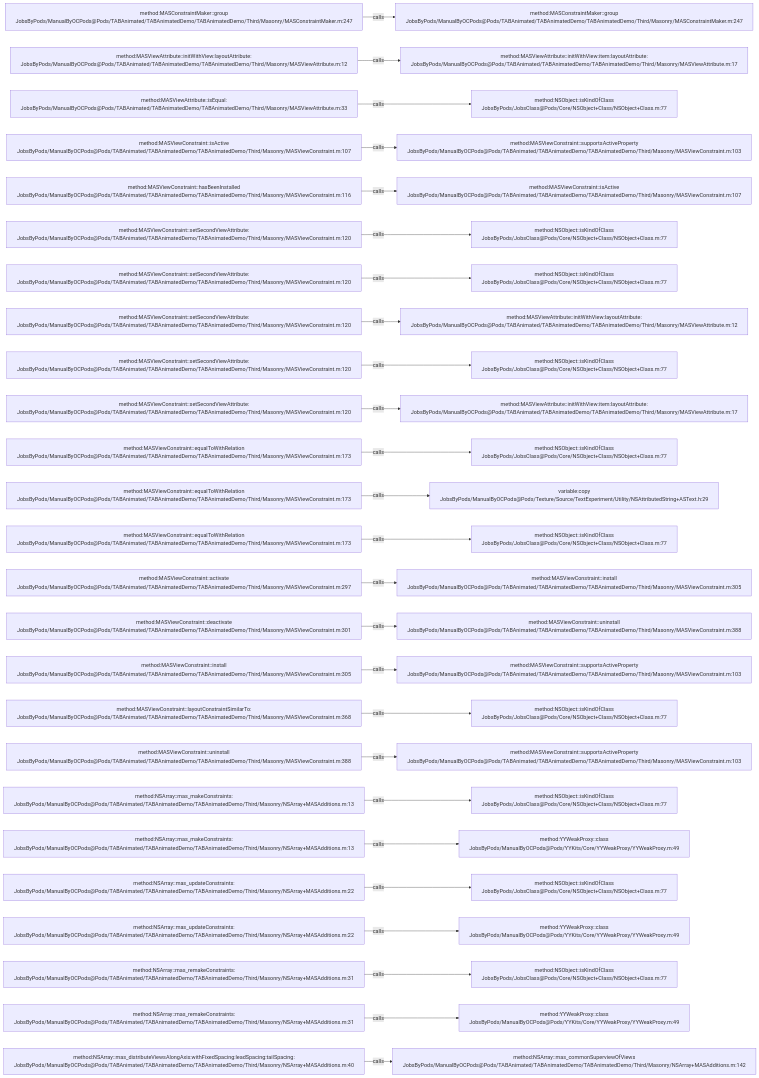
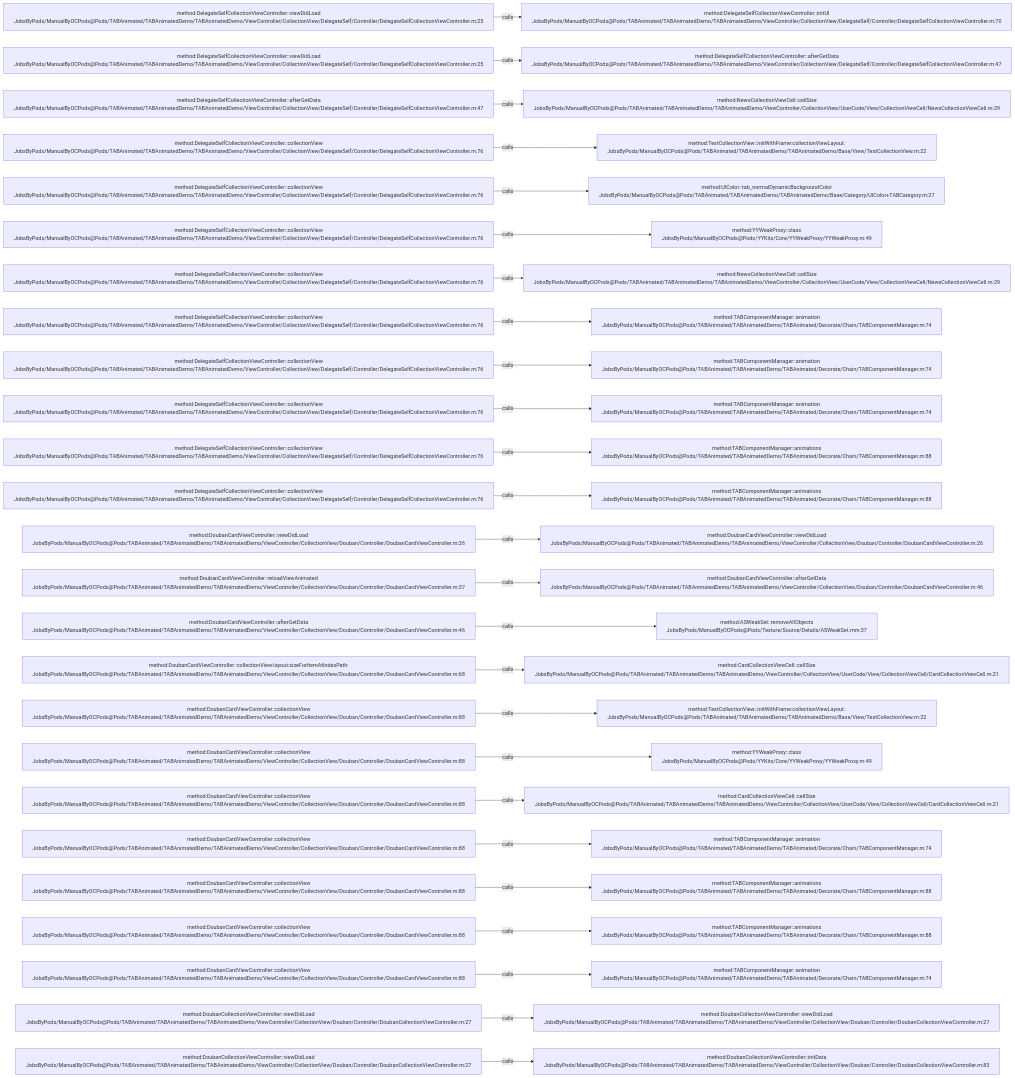
The diagram in .codegraph/codegraph.md/graphs/calls-046.md (JobsKits/JobsOCBaseConfigDemo), drawn with Mermaid before and after one commit. The commit also changed 1353 other files, not shown here.

````diff
--- a/.codegraph/codegraph.md/graphs/calls-046.md
+++ b/.codegraph/codegraph.md/graphs/calls-046.md
@@ -13,78 +13,78 @@
 ```mermaid
 flowchart LR
-  S1["method:MASConstraintMaker::group<br/>JobsByPods/ManualByOCPods@Pods/TABAnimated/TABAnimatedDemo/TABAnimatedDemo/Third/Masonry/MASConstraintMaker.m:247"]
-  T1["method:MASConstraintMaker::group<br/>JobsByPods/ManualByOCPods@Pods/TABAnimated/TABAnimatedDemo/TABAnimatedDemo/Third/Masonry/MASConstraintMaker.m:247"]
+  S1["method:DelegateSelfCollectionViewController::viewDidLoad<br/>JobsByPods/ManualByOCPods@Pods/TABAnimated/TABAnimatedDemo/TABAnimatedDemo/ViewController/CollectionView/DelegateSelf/Controller/DelegateSelfCollectionViewController.m:25"]
+  T1["method:DelegateSelfCollectionViewController::initUI<br/>JobsByPods/ManualByOCPods@Pods/TABAnimated/TABAnimatedDemo/TABAnimatedDemo/ViewController/CollectionView/DelegateSelf/Controller/DelegateSelfCollectionViewController.m:70"]
   S1 -->|calls| T1
-  S2["method:MASViewAttribute::initWithView:layoutAttribute:<br/>JobsByPods/ManualByOCPods@Pods/TABAnimated/TABAnimatedDemo/TABAnimatedDemo/Third/Masonry/MASViewAttribute.m:12"]
-  T2["method:MASViewAttribute::initWithView:item:layoutAttribute:<br/>JobsByPods/ManualByOCPods@Pods/TABAnimated/TABAnimatedDemo/TABAnimatedDemo/Third/Masonry/MASViewAttribute.m:17"]
+  S2["method:DelegateSelfCollectionViewController::viewDidLoad<br/>JobsByPods/ManualByOCPods@Pods/TABAnimated/TABAnimatedDemo/TABAnimatedDemo/ViewController/CollectionView/DelegateSelf/Controller/DelegateSelfCollectionViewController.m:25"]
+  T2["method:DelegateSelfCollectionViewController::afterGetData<br/>JobsByPods/ManualByOCPods@Pods/TABAnimated/TABAnimatedDemo/TABAnimatedDemo/ViewController/CollectionView/DelegateSelf/Controller/DelegateSelfCollectionViewController.m:47"]
   S2 -->|calls| T2
-  S3["method:MASViewAttribute::isEqual:<br/>JobsByPods/ManualByOCPods@Pods/TABAnimated/TABAnimatedDemo/TABAnimatedDemo/Third/Masonry/MASViewAttribute.m:33"]
-  T3["method:NSObject::isKindOfClass<br/>JobsByPods/JobsClass@Pods/Core/NSObject+Class/NSObject+Class.m:77"]
+  S3["method:DelegateSelfCollectionViewController::afterGetData<br/>JobsByPods/ManualByOCPods@Pods/TABAnimated/TABAnimatedDemo/TABAnimatedDemo/ViewController/CollectionView/DelegateSelf/Controller/DelegateSelfCollectionViewController.m:47"]
+  T3["method:NewsCollectionViewCell::cellSize<br/>JobsByPods/ManualByOCPods@Pods/TABAnimated/TABAnimatedDemo/TABAnimatedDemo/ViewController/CollectionView/UserCode/View/CollectionViewCell/NewsCollectionViewCell.m:29"]
   S3 -->|calls| T3
-  S4["method:MASViewConstraint::isActive<br/>JobsByPods/ManualByOCPods@Pods/TABAnimated/TABAnimatedDemo/TABAnimatedDemo/Third/Masonry/MASViewConstraint.m:107"]
-  T4["method:MASViewConstraint::supportsActiveProperty<br/>JobsByPods/ManualByOCPods@Pods/TABAnimated/TABAnimatedDemo/TABAnimatedDemo/Third/Masonry/MASViewConstraint.m:103"]
+  S4["method:DelegateSelfCollectionViewController::collectionView<br/>JobsByPods/ManualByOCPods@Pods/TABAnimated/TABAnimatedDemo/TABAnimatedDemo/ViewController/CollectionView/DelegateSelf/Controller/DelegateSelfCollectionViewController.m:76"]
+  T4["method:TestCollectionView::initWithFrame:collectionViewLayout:<br/>JobsByPods/ManualByOCPods@Pods/TABAnimated/TABAnimatedDemo/TABAnimatedDemo/Base/View/TestCollectionView.m:22"]
   S4 -->|calls| T4
-  S5["method:MASViewConstraint::hasBeenInstalled<br/>JobsByPods/ManualByOCPods@Pods/TABAnimated/TABAnimatedDemo/TABAnimatedDemo/Third/Masonry/MASViewConstraint.m:116"]
-  T5["method:MASViewConstraint::isActive<br/>JobsByPods/ManualByOCPods@Pods/TABAnimated/TABAnimatedDemo/TABAnimatedDemo/Third/Masonry/MASViewConstraint.m:107"]
+  S5["method:DelegateSelfCollectionViewController::collectionView<br/>JobsByPods/ManualByOCPods@Pods/TABAnimated/TABAnimatedDemo/TABAnimatedDemo/ViewController/CollectionView/DelegateSelf/Controller/DelegateSelfCollectionViewController.m:76"]
+  T5["method:UIColor::tab_normalDynamicBackgroundColor<br/>JobsByPods/ManualByOCPods@Pods/TABAnimated/TABAnimatedDemo/TABAnimatedDemo/Base/Category/UIColor+TABCategory.m:27"]
   S5 -->|calls| T5
-  S6["method:MASViewConstraint::setSecondViewAttribute:<br/>JobsByPods/ManualByOCPods@Pods/TABAnimated/TABAnimatedDemo/TABAnimatedDemo/Third/Masonry/MASViewConstraint.m:120"]
-  T6["method:NSObject::isKindOfClass<br/>JobsByPods/JobsClass@Pods/Core/NSObject+Class/NSObject+Class.m:77"]
+  S6["method:DelegateSelfCollectionViewController::collectionView<br/>JobsByPods/ManualByOCPods@Pods/TABAnimated/TABAnimatedDemo/TABAnimatedDemo/ViewController/CollectionView/DelegateSelf/Controller/DelegateSelfCollectionViewController.m:76"]
+  T6["method:YYWeakProxy::class<br/>JobsByPods/ManualByOCPods@Pods/YYKits/Core/YYWeakProxy/YYWeakProxy.m:49"]
   S6 -->|calls| T6
-  S7["method:MASViewConstraint::setSecondViewAttribute:<br/>JobsByPods/ManualByOCPods@Pods/TABAnimated/TABAnimatedDemo/TABAnimatedDemo/Third/Masonry/MASViewConstraint.m:120"]
-  T7["method:NSObject::isKindOfClass<br/>JobsByPods/JobsClass@Pods/Core/NSObject+Class/NSObject+Class.m:77"]
+  S7["method:DelegateSelfCollectionViewController::collectionView<br/>JobsByPods/ManualByOCPods@Pods/TABAnimated/TABAnimatedDemo/TABAnimatedDemo/ViewController/CollectionView/DelegateSelf/Controller/DelegateSelfCollectionViewController.m:76"]
+  T7["method:NewsCollectionViewCell::cellSize<br/>JobsByPods/ManualByOCPods@Pods/TABAnimated/TABAnimatedDemo/TABAnimatedDemo/ViewController/CollectionView/UserCode/View/CollectionViewCell/NewsCollectionViewCell.m:29"]
   S7 -->|calls| T7
-  S8["method:MASViewConstraint::setSecondViewAttribute:<br/>JobsByPods/ManualByOCPods@Pods/TABAnimated/TABAnimatedDemo/TABAnimatedDemo/Third/Masonry/MASViewConstraint.m:120"]
-  T8["method:MASViewAttribute::initWithView:layoutAttribute:<br/>JobsByPods/ManualByOCPods@Pods/TABAnimated/TABAnimatedDemo/TABAnimatedDemo/Third/Masonry/MASViewAttribute.m:12"]
+  S8["method:DelegateSelfCollectionViewController::collectionView<br/>JobsByPods/ManualByOCPods@Pods/TABAnimated/TABAnimatedDemo/TABAnimatedDemo/ViewController/CollectionView/DelegateSelf/Controller/DelegateSelfCollectionViewController.m:76"]
+  T8["method:TABComponentManager::animation<br/>JobsByPods/ManualByOCPods@Pods/TABAnimated/TABAnimatedDemo/TABAnimated/Decorate/Chain/TABComponentManager.m:74"]
   S8 -->|calls| T8
-  S9["method:MASViewConstraint::setSecondViewAttribute:<br/>JobsByPods/ManualByOCPods@Pods/TABAnimated/TABAnimatedDemo/TABAnimatedDemo/Third/Masonry/MASViewConstraint.m:120"]
-  T9["method:NSObject::isKindOfClass<br/>JobsByPods/JobsClass@Pods/Core/NSObject+Class/NSObject+Class.m:77"]
+  S9["method:DelegateSelfCollectionViewController::collectionView<br/>JobsByPods/ManualByOCPods@Pods/TABAnimated/TABAnimatedDemo/TABAnimatedDemo/ViewController/CollectionView/DelegateSelf/Controller/DelegateSelfCollectionViewController.m:76"]
+  T9["method:TABComponentManager::animation<br/>JobsByPods/ManualByOCPods@Pods/TABAnimated/TABAnimatedDemo/TABAnimated/Decorate/Chain/TABComponentManager.m:74"]
   S9 -->|calls| T9
-  S10["method:MASViewConstraint::setSecondViewAttribute:<br/>JobsByPods/ManualByOCPods@Pods/TABAnimated/TABAnimatedDemo/TABAnimatedDemo/Third/Masonry/MASViewConstraint.m:120"]
-  T10["method:MASViewAttribute::initWithView:item:layoutAttribute:<br/>JobsByPods/ManualByOCPods@Pods/TABAnimated/TABAnimatedDemo/TABAnimatedDemo/Third/Masonry/MASViewAttribute.m:17"]
+  S10["method:DelegateSelfCollectionViewController::collectionView<br/>JobsByPods/ManualByOCPods@Pods/TABAnimated/TABAnimatedDemo/TABAnimatedDemo/ViewController/CollectionView/DelegateSelf/Controller/DelegateSelfCollectionViewController.m:76"]
+  T10["method:TABComponentManager::animation<br/>JobsByPods/ManualByOCPods@Pods/TABAnimated/TABAnimatedDemo/TABAnimated/Decorate/Chain/TABComponentManager.m:74"]
   S10 -->|calls| T10
-  S11["method:MASViewConstraint::equalToWithRelation<br/>JobsByPods/ManualByOCPods@Pods/TABAnimated/TABAnimatedDemo/TABAnimatedDemo/Third/Masonry/MASViewConstraint.m:173"]
-  T11["method:NSObject::isKindOfClass<br/>JobsByPods/JobsClass@Pods/Core/NSObject+Class/NSObject+Class.m:77"]
+  S11["method:DelegateSelfCollectionViewController::collectionView<br/>JobsByPods/ManualByOCPods@Pods/TABAnimated/TABAnimatedDemo/TABAnimatedDemo/ViewController/CollectionView/DelegateSelf/Controller/DelegateSelfCollectionViewController.m:76"]
+  T11["method:TABComponentManager::animations<br/>JobsByPods/ManualByOCPods@Pods/TABAnimated/TABAnimatedDemo/TABAnimated/Decorate/Chain/TABComponentManager.m:88"]
   S11 -->|calls| T11
-  S12["method:MASViewConstraint::equalToWithRelation<br/>JobsByPods/ManualByOCPods@Pods/TABAnimated/TABAnimatedDemo/TABAnimatedDemo/Third/Masonry/MASViewConstraint.m:173"]
-  T12["variable:copy<br/>JobsByPods/ManualByOCPods@Pods/Texture/Source/TextExperiment/Utility/NSAttributedString+ASText.h:29"]
+  S12["method:DelegateSelfCollectionViewController::collectionView<br/>JobsByPods/ManualByOCPods@Pods/TABAnimated/TABAnimatedDemo/TABAnimatedDemo/ViewController/CollectionView/DelegateSelf/Controller/DelegateSelfCollectionViewController.m:76"]
+  T12["method:TABComponentManager::animations<br/>JobsByPods/ManualByOCPods@Pods/TABAnimated/TABAnimatedDemo/TABAnimated/Decorate/Chain/TABComponentManager.m:88"]
   S12 -->|calls| T12
-  S13["method:MASViewConstraint::equalToWithRelation<br/>JobsByPods/ManualByOCPods@Pods/TABAnimated/TABAnimatedDemo/TABAnimatedDemo/Third/Masonry/MASViewConstraint.m:173"]
-  T13["method:NSObject::isKindOfClass<br/>JobsByPods/JobsClass@Pods/Core/NSObject+Class/NSObject+Class.m:77"]
+  S13["method:DoubanCardViewController::viewDidLoad<br/>JobsByPods/ManualByOCPods@Pods/TABAnimated/TABAnimatedDemo/TABAnimatedDemo/ViewController/CollectionView/Douban/Controller/DoubanCardViewController.m:26"]
+  T13["method:DoubanCardViewController::viewDidLoad<br/>JobsByPods/ManualByOCPods@Pods/TABAnimated/TABAnimatedDemo/TABAnimatedDemo/ViewController/CollectionView/Douban/Controller/DoubanCardViewController.m:26"]
   S13 -->|calls| T13
-  S14["method:MASViewConstraint::activate<br/>JobsByPods/ManualByOCPods@Pods/TABAnimated/TABAnimatedDemo/TABAnimatedDemo/Third/Masonry/MASViewConstraint.m:297"]
-  T14["method:MASViewConstraint::install<br/>JobsByPods/ManualByOCPods@Pods/TABAnimated/TABAnimatedDemo/TABAnimatedDemo/Third/Masonry/MASViewConstraint.m:305"]
+  S14["method:DoubanCardViewController::reloadViewAnimated<br/>JobsByPods/ManualByOCPods@Pods/TABAnimated/TABAnimatedDemo/TABAnimatedDemo/ViewController/CollectionView/Douban/Controller/DoubanCardViewController.m:37"]
+  T14["method:DoubanCardViewController::afterGetData<br/>JobsByPods/ManualByOCPods@Pods/TABAnimated/TABAnimatedDemo/TABAnimatedDemo/ViewController/CollectionView/Douban/Controller/DoubanCardViewController.m:46"]
   S14 -->|calls| T14
-  S15["method:MASViewConstraint::deactivate<br/>JobsByPods/ManualByOCPods@Pods/TABAnimated/TABAnimatedDemo/TABAnimatedDemo/Third/Masonry/MASViewConstraint.m:301"]
-  T15["method:MASViewConstraint::uninstall<br/>JobsByPods/ManualByOCPods@Pods/TABAnimated/TABAnimatedDemo/TABAnimatedDemo/Third/Masonry/MASViewConstraint.m:388"]
+  S15["method:DoubanCardViewController::afterGetData<br/>JobsByPods/ManualByOCPods@Pods/TABAnimated/TABAnimatedDemo/TABAnimatedDemo/ViewController/CollectionView/Douban/Controller/DoubanCardViewController.m:46"]
+  T15["method:ASWeakSet::removeAllObjects<br/>JobsByPods/ManualByOCPods@Pods/Texture/Source/Details/ASWeakSet.mm:37"]
   S15 -->|calls| T15
-  S16["method:MASViewConstraint::install<br/>JobsByPods/ManualByOCPods@Pods/TABAnimated/TABAnimatedDemo/TABAnimatedDemo/Third/Masonry/MASViewConstraint.m:305"]
-  T16["method:MASViewConstraint::supportsActiveProperty<br/>JobsByPods/ManualByOCPods@Pods/TABAnimated/TABAnimatedDemo/TABAnimatedDemo/Third/Masonry/MASViewConstraint.m:103"]
+  S16["method:DoubanCardViewController::collectionView:layout:sizeForItemAtIndexPath:<br/>JobsByPods/ManualByOCPods@Pods/TABAnimated/TABAnimatedDemo/TABAnimatedDemo/ViewController/CollectionView/Douban/Controller/DoubanCardViewController.m:68"]
+  T16["method:CardCollectionViewCell::cellSize<br/>JobsByPods/ManualByOCPods@Pods/TABAnimated/TABAnimatedDemo/TABAnimatedDemo/ViewController/CollectionView/UserCode/View/CollectionViewCell/CardCollectionViewCell.m:21"]
   S16 -->|calls| T16
-  S17["method:MASViewConstraint::layoutConstraintSimilarTo:<br/>JobsByPods/ManualByOCPods@Pods/TABAnimated/TABAnimatedDemo/TABAnimatedDemo/Third/Masonry/MASViewConstraint.m:368"]
-  T17["method:NSObject::isKindOfClass<br/>JobsByPods/JobsClass@Pods/Core/NSObject+Class/NSObject+Class.m:77"]
+  S17["method:DoubanCardViewController::collectionView<br/>JobsByPods/ManualByOCPods@Pods/TABAnimated/TABAnimatedDemo/TABAnimatedDemo/ViewController/CollectionView/Douban/Controller/DoubanCardViewController.m:88"]
+  T17["method:TestCollectionView::initWithFrame:collectionViewLayout:<br/>JobsByPods/ManualByOCPods@Pods/TABAnimated/TABAnimatedDemo/TABAnimatedDemo/Base/View/TestCollectionView.m:22"]
   S17 -->|calls| T17
-  S18["method:MASViewConstraint::uninstall<br/>JobsByPods/ManualByOCPods@Pods/TABAnimated/TABAnimatedDemo/TABAnimatedDemo/Third/Masonry/MASViewConstraint.m:388"]
-  T18["method:MASViewConstraint::supportsActiveProperty<br/>JobsByPods/ManualByOCPods@Pods/TABAnimated/TABAnimatedDemo/TABAnimatedDemo/Third/Masonry/MASViewConstraint.m:103"]
+  S18["method:DoubanCardViewController::collectionView<br/>JobsByPods/ManualByOCPods@Pods/TABAnimated/TABAnimatedDemo/TABAnimatedDemo/ViewController/CollectionView/Douban/Controller/DoubanCardViewController.m:88"]
+  T18["method:YYWeakProxy::class<br/>JobsByPods/ManualByOCPods@Pods/YYKits/Core/YYWeakProxy/YYWeakProxy.m:49"]
   S18 -->|calls| T18
-  S19["method:NSArray::mas_makeConstraints:<br/>JobsByPods/ManualByOCPods@Pods/TABAnimated/TABAnimatedDemo/TABAnimatedDemo/Third/Masonry/NSArray+MASAdditions.m:13"]
-  T19["method:NSObject::isKindOfClass<br/>JobsByPods/JobsClass@Pods/Core/NSObject+Class/NSObject+Class.m:77"]
+  S19["method:DoubanCardViewController::collectionView<br/>JobsByPods/ManualByOCPods@Pods/TABAnimated/TABAnimatedDemo/TABAnimatedDemo/ViewController/CollectionView/Douban/Controller/DoubanCardViewController.m:88"]
+  T19["method:CardCollectionViewCell::cellSize<br/>JobsByPods/ManualByOCPods@Pods/TABAnimated/TABAnimatedDemo/TABAnimatedDemo/ViewController/CollectionView/UserCode/View/CollectionViewCell/CardCollectionViewCell.m:21"]
   S19 -->|calls| T19
-  S20["method:NSArray::mas_makeConstraints:<br/>JobsByPods/ManualByOCPods@Pods/TABAnimated/TABAnimatedDemo/TABAnimatedDemo/Third/Masonry/NSArray+MASAdditions.m:13"]
-  T20["method:YYWeakProxy::class<br/>JobsByPods/ManualByOCPods@Pods/YYKits/Core/YYWeakProxy/YYWeakProxy.m:49"]
+  S20["method:DoubanCardViewController::collectionView<br/>JobsByPods/ManualByOCPods@Pods/TABAnimated/TABAnimatedDemo/TABAnimatedDemo/ViewController/CollectionView/Douban/Controller/DoubanCardViewController.m:88"]
+  T20["method:TABComponentManager::animation<br/>JobsByPods/ManualByOCPods@Pods/TABAnimated/TABAnimatedDemo/TABAnimated/Decorate/Chain/TABComponentManager.m:74"]
   S20 -->|calls| T20
-  S21["method:NSArray::mas_updateConstraints:<br/>JobsByPods/ManualByOCPods@Pods/TABAnimated/TABAnimatedDemo/TABAnimatedDemo/Third/Masonry/NSArray+MASAdditions.m:22"]
-  T21["method:NSObject::isKindOfClass<br/>JobsByPods/JobsClass@Pods/Core/NSObject+Class/NSObject+Class.m:77"]
+  S21["method:DoubanCardViewController::collectionView<br/>JobsByPods/ManualByOCPods@Pods/TABAnimated/TABAnimatedDemo/TABAnimatedDemo/ViewController/CollectionView/Douban/Controller/DoubanCardViewController.m:88"]
+  T21["method:TABComponentManager::animations<br/>JobsByPods/ManualByOCPods@Pods/TABAnimated/TABAnimatedDemo/TABAnimated/Decorate/Chain/TABComponentManager.m:88"]
   S21 -->|calls| T21
-  S22["method:NSArray::mas_updateConstraints:<br/>JobsByPods/ManualByOCPods@Pods/TABAnimated/TABAnimatedDemo/TABAnimatedDemo/Third/Masonry/NSArray+MASAdditions.m:22"]
-  T22["method:YYWeakProxy::class<br/>JobsByPods/ManualByOCPods@Pods/YYKits/Core/YYWeakProxy/YYWeakProxy.m:49"]
+  S22["method:DoubanCardViewController::collectionView<br/>JobsByPods/ManualByOCPods@Pods/TABAnimated/TABAnimatedDemo/TABAnimatedDemo/ViewController/CollectionView/Douban/Controller/DoubanCardViewController.m:88"]
+  T22["method:TABComponentManager::animations<br/>JobsByPods/ManualByOCPods@Pods/TABAnimated/TABAnimatedDemo/TABAnimated/Decorate/Chain/TABComponentManager.m:88"]
   S22 -->|calls| T22
-  S23["method:NSArray::mas_remakeConstraints:<br/>JobsByPods/ManualByOCPods@Pods/TABAnimated/TABAnimatedDemo/TABAnimatedDemo/Third/Masonry/NSArray+MASAdditions.m:31"]
-  T23["method:NSObject::isKindOfClass<br/>JobsByPods/JobsClass@Pods/Core/NSObject+Class/NSObject+Class.m:77"]
+  S23["method:DoubanCardViewController::collectionView<br/>JobsByPods/ManualByOCPods@Pods/TABAnimated/TABAnimatedDemo/TABAnimatedDemo/ViewController/CollectionView/Douban/Controller/DoubanCardViewController.m:88"]
+  T23["method:TABComponentManager::animation<br/>JobsByPods/ManualByOCPods@Pods/TABAnimated/TABAnimatedDemo/TABAnimated/Decorate/Chain/TABComponentManager.m:74"]
   S23 -->|calls| T23
-  S24["method:NSArray::mas_remakeConstraints:<br/>JobsByPods/ManualByOCPods@Pods/TABAnimated/TABAnimatedDemo/TABAnimatedDemo/Third/Masonry/NSArray+MASAdditions.m:31"]
-  T24["method:YYWeakProxy::class<br/>JobsByPods/ManualByOCPods@Pods/YYKits/Core/YYWeakProxy/YYWeakProxy.m:49"]
+  S24["method:DoubanCollectionViewController::viewDidLoad<br/>JobsByPods/ManualByOCPods@Pods/TABAnimated/TABAnimatedDemo/TABAnimatedDemo/ViewController/CollectionView/Douban/Controller/DoubanCollectionViewController.m:27"]
+  T24["method:DoubanCollectionViewController::viewDidLoad<br/>JobsByPods/ManualByOCPods@Pods/TABAnimated/TABAnimatedDemo/TABAnimatedDemo/ViewController/CollectionView/Douban/Controller/DoubanCollectionViewController.m:27"]
   S24 -->|calls| T24
-  S25["method:NSArray::mas_distributeViewsAlongAxis:withFixedSpacing:leadSpacing:tailSpacing:<br/>JobsByPods/ManualByOCPods@Pods/TABAnimated/TABAnimatedDemo/TABAnimatedDemo/Third/Masonry/NSArray+MASAdditions.m:40"]
-  T25["method:NSArray::mas_commonSuperviewOfViews<br/>JobsByPods/ManualByOCPods@Pods/TABAnimated/TABAnimatedDemo/TABAnimatedDemo/Third/Masonry/NSArray+MASAdditions.m:142"]
+  S25["method:DoubanCollectionViewController::viewDidLoad<br/>JobsByPods/ManualByOCPods@Pods/TABAnimated/TABAnimatedDemo/TABAnimatedDemo/ViewController/CollectionView/Douban/Controller/DoubanCollectionViewController.m:27"]
+  T25["method:DoubanCollectionViewController::initData<br/>JobsByPods/ManualByOCPods@Pods/TABAnimated/TABAnimatedDemo/TABAnimatedDemo/ViewController/CollectionView/Douban/Controller/DoubanCollectionViewController.m:83"]
   S25 -->|calls| T25
 ```
````
